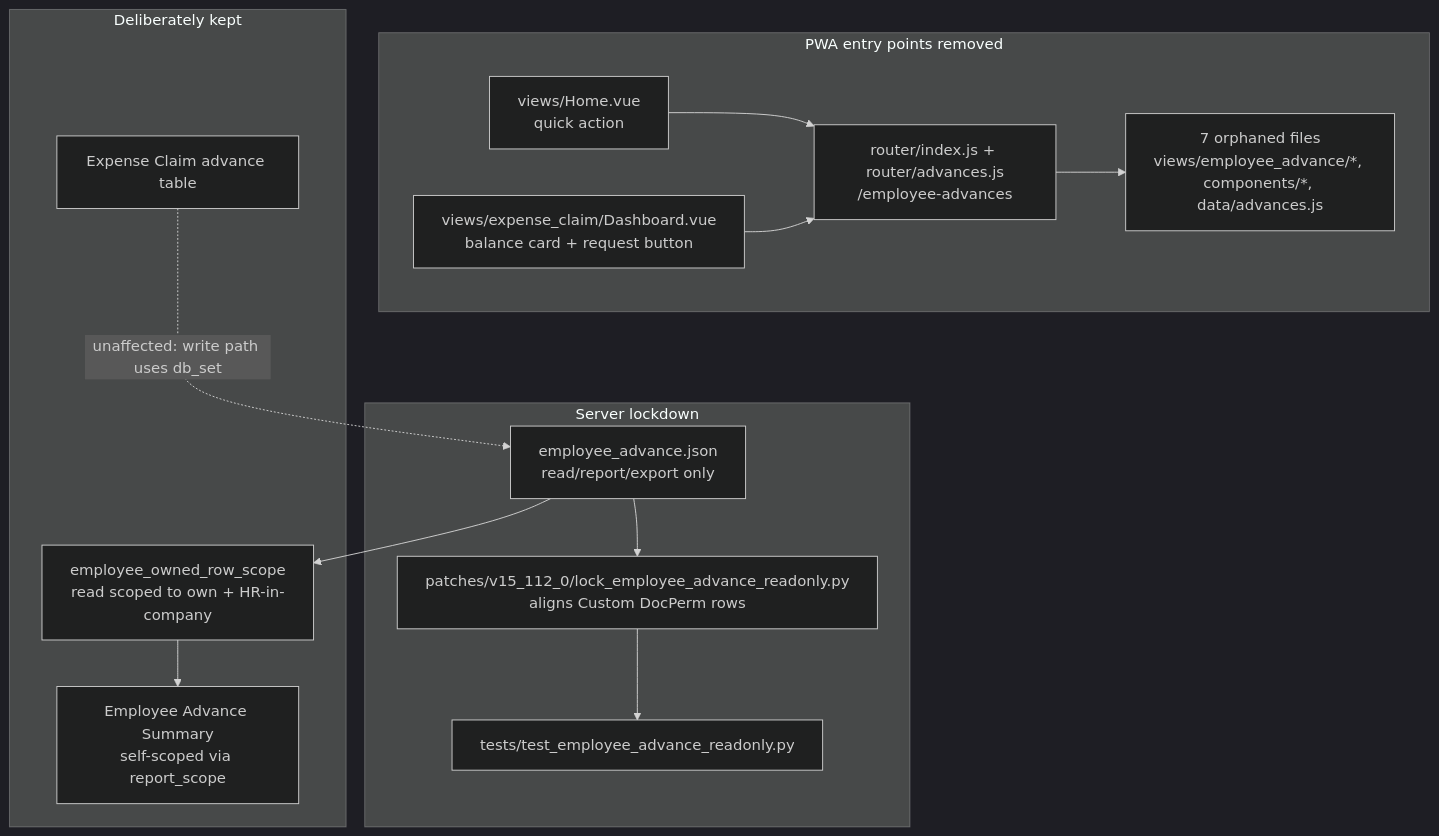
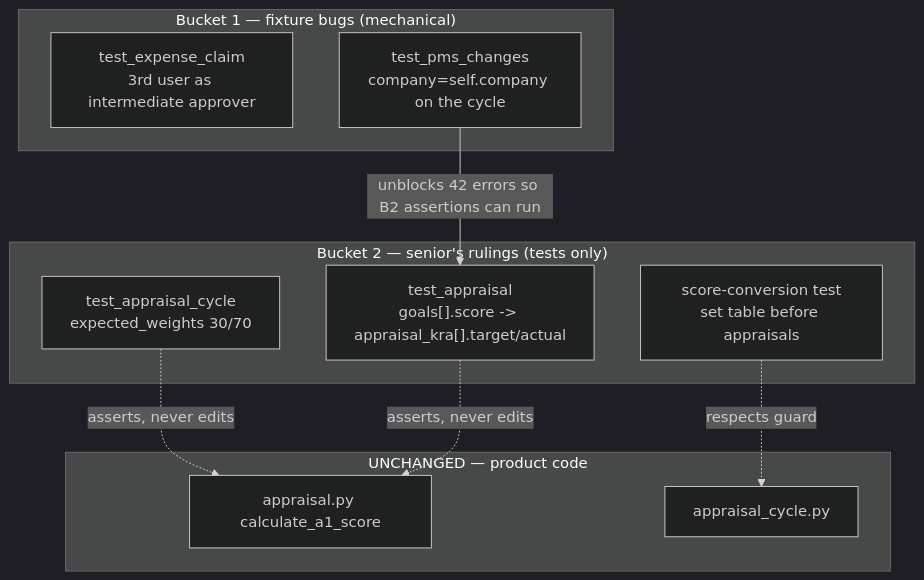
Before and after one commit to Nastyworldwide-Dev/hrms: the diagram in .claude/plans/current-plan.md, drawn with Mermaid (dark theme). The commit also changed other lines of this file and 4 other files, not shown here.

````diff
--- a/.claude/plans/current-plan.md
+++ b/.claude/plans/current-plan.md
@@ -61,24 +64,20 @@
 ```mermaid
 graph TD
-  subgraph Remove["PWA entry points removed"]
-    HOME["views/Home.vue<br/>quick action"]
-    EXPD["views/expense_claim/Dashboard.vue<br/>balance card + request button"]
-    ROUTES["router/index.js + router/advances.js<br/>/employee-advances"]
-    ORPH["7 orphaned files<br/>views/employee_advance/*, components/*, data/advances.js"]
+  subgraph B1["Bucket 1 — fixture bugs (mechanical)"]
+    EXP["test_expense_claim<br/>3rd user as intermediate approver"]
+    PMS1["test_pms_changes<br/>company=self.company on the cycle"]
   end
-  subgraph Server["Server lockdown"]
-    JSON["employee_advance.json<br/>read/report/export only"]
-    PATCH["patches/v15_112_0/lock_employee_advance_readonly.py<br/>aligns Custom DocPerm rows"]
-    TEST["tests/test_employee_advance_readonly.py"]
+  subgraph B2["Bucket 2 — senior's rulings (tests only)"]
+    CYC["test_appraisal_cycle<br/>expected_weights 30/70"]
+    APR["test_appraisal<br/>goals[].score -> appraisal_kra[].target/actual"]
+    SCT["score-conversion test<br/>set table before appraisals"]
   end
-  subgraph Keep["Deliberately kept"]
-    CLAIM["Expense Claim advance table"]
-    FENCE["employee_owned_row_scope<br/>read scoped to own + HR-in-company"]
-    RPT["Employee Advance Summary<br/>self-scoped via report_scope"]
+  subgraph Code["UNCHANGED — product code"]
+    A["appraisal.py calculate_a1_score"]
+    C["appraisal_cycle.py"]
   end
-  HOME --> ROUTES --> ORPH
-  EXPD --> ROUTES
-  JSON --> PATCH --> TEST
-  JSON --> FENCE --> RPT
-  CLAIM -.->|unaffected: write path uses db_set| JSON
+  PMS1 -->|unblocks 42 errors so B2 assertions can run| APR
+  CYC -.->|asserts, never edits| A
+  APR -.->|asserts, never edits| A
+  SCT -.->|respects guard| C
 ```
````
